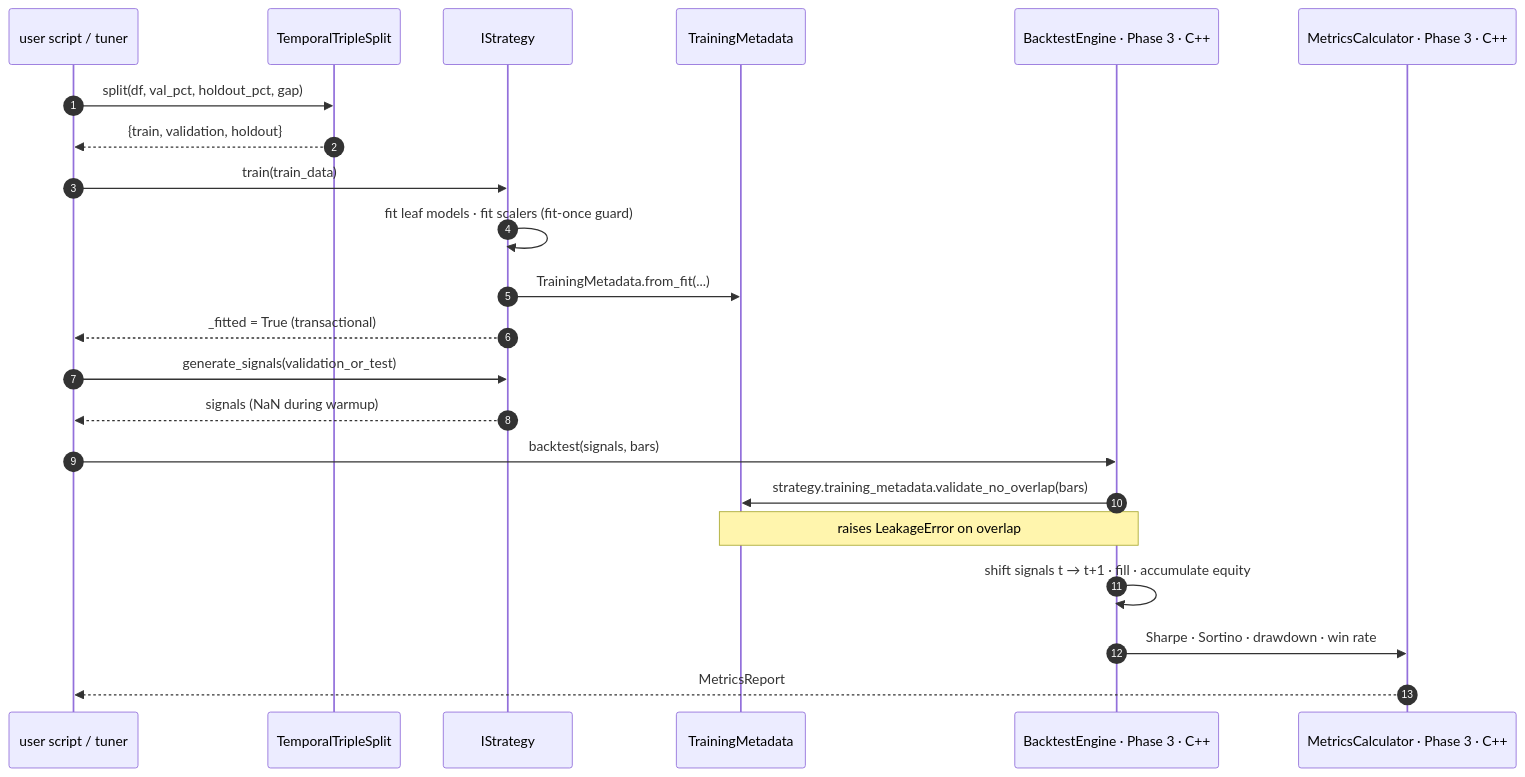
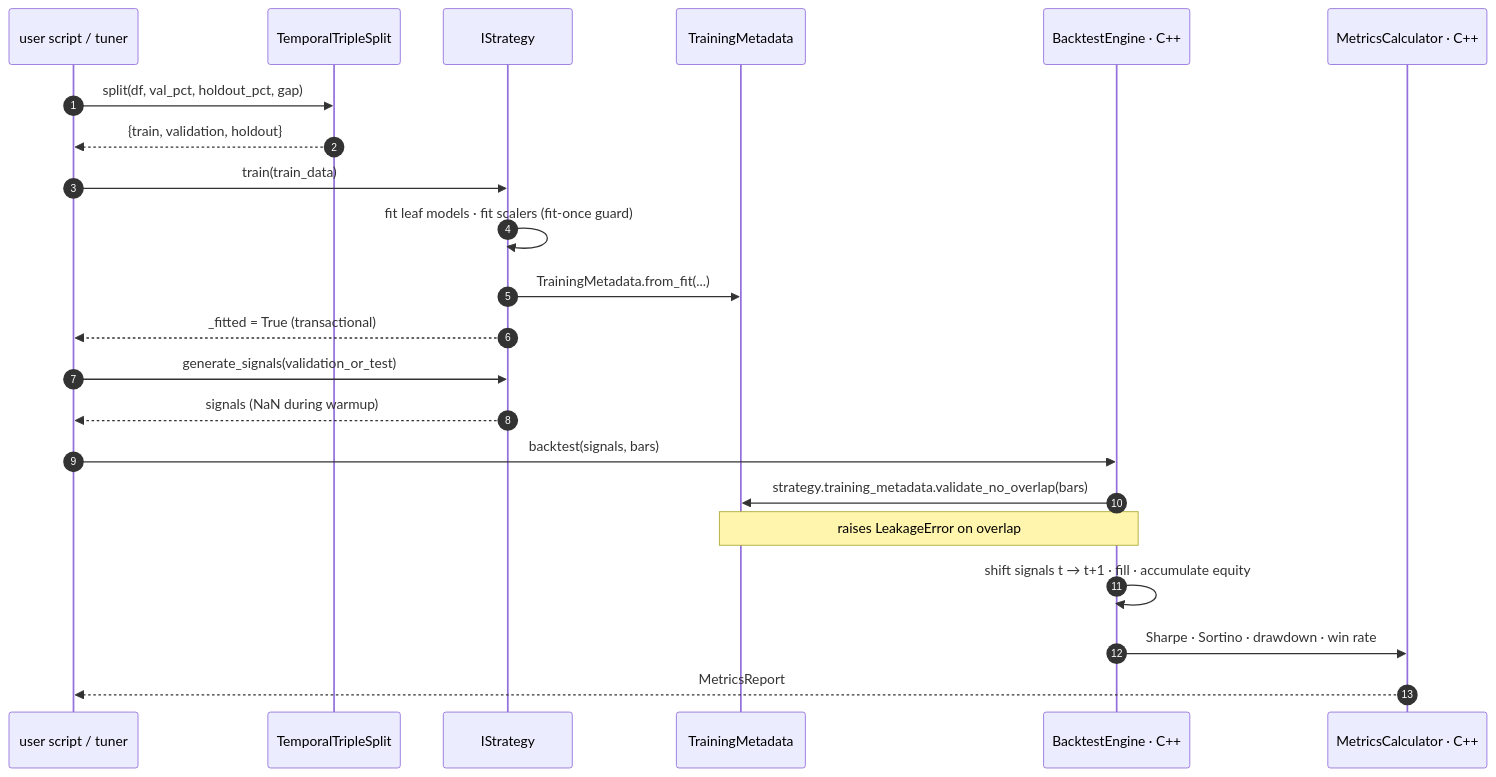
Before and after one commit to Alextz307/quantforge: the third of 4 diagrams in README.md, drawn with Mermaid. The commit also changed other lines of this file and 5 other files, not shown here.

Commit message:
Add C++ benchmarks for BacktestEngine and MetricsCalculator

````diff
--- a/README.md
+++ b/README.md
@@ -102,27 +102,27 @@
 ```mermaid
 sequenceDiagram
     autonumber
     participant User as user script / tuner
     participant Split as TemporalTripleSplit
     participant Strat as IStrategy
     participant Meta as TrainingMetadata
-    participant Eng as BacktestEngine · Phase 3 · C++
-    participant Metr as MetricsCalculator · Phase 3 · C++
+    participant Eng as BacktestEngine · C++
+    participant Metr as MetricsCalculator · C++
 
     User->>Split: split(df, val_pct, holdout_pct, gap)
     Split-->>User: {train, validation, holdout}
     User->>Strat: train(train_data)
     Strat->>Strat: fit leaf models · fit scalers (fit-once guard)
     Strat->>Meta: TrainingMetadata.from_fit(...)
     Strat-->>User: _fitted = True (transactional)
 
     User->>Strat: generate_signals(validation_or_test)
     Strat-->>User: signals  (NaN during warmup)
 
     User->>Eng: backtest(signals, bars)
     Eng->>Meta: strategy.training_metadata.validate_no_overlap(bars)
     Note over Meta,Eng: raises LeakageError on overlap
     Eng->>Eng: shift signals t → t+1 · fill · accumulate equity
     Eng->>Metr: Sharpe · Sortino · drawdown · win rate
     Metr-->>User: MetricsReport
 ```
````
